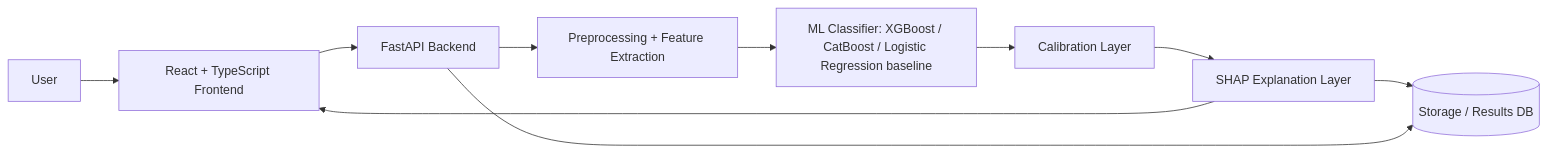
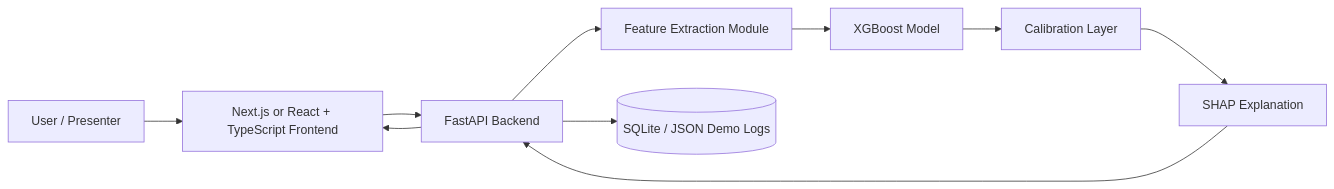
The second of 4 diagrams in blueprint.md (Atik203/HaluRISC), drawn with Mermaid before and after one commit. The commit also changed other lines of this file, not shown here.

Commit message:
Implement feature X to enhance user experience and fix bug Y in module Z

````diff
--- a/blueprint.md
+++ b/blueprint.md
@@ -396,12 +579,12 @@
 ```mermaid
 flowchart LR
-    U[User] --> F[React + TypeScript Frontend]
-    F --> A[FastAPI Backend]
-    A --> P[Preprocessing + Feature Extraction]
-    P --> M[ML Classifier: XGBoost / CatBoost / Logistic Regression baseline]
-    M --> C[Calibration Layer]
-    C --> E[SHAP Explanation Layer]
-    E --> S[(Storage / Results DB)]
-    E --> F
-    A --> S
+    User[User / Presenter] --> Web[Next.js or React + TypeScript Frontend]
+    Web --> API[FastAPI Backend]
+    API --> Extract[Feature Extraction Module]
+    Extract --> Model[XGBoost Model]
+    Model --> Cal[Calibration Layer]
+    Cal --> Explain[SHAP Explanation]
+    Explain --> API
+    API --> Web
+    API --> Log[(SQLite / JSON Demo Logs)]
 ```
````
